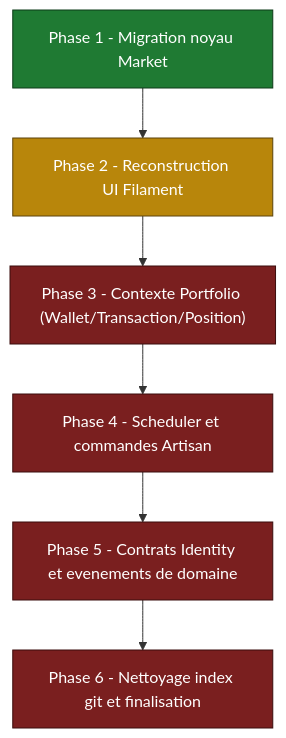
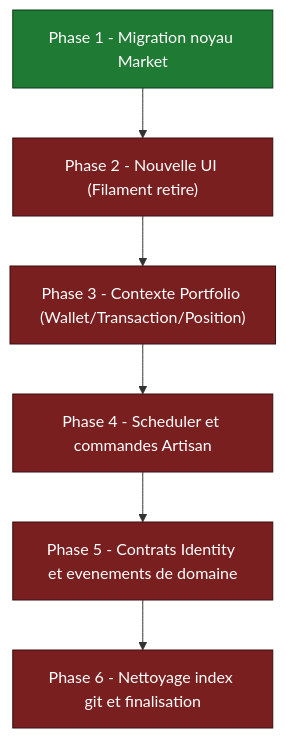
One commit to yanntyb/portefeuille changed the diagram in docs/refactor-status.md. Above: the diagram before and after it, drawn with Mermaid. The commit also changed other lines of this file and 3 other files, not shown here.

````diff
--- a/docs/refactor-status.md
+++ b/docs/refactor-status.md
@@ -106,26 +106,26 @@
 ```mermaid
 flowchart TD
     P1["Phase 1 - Migration noyau Market"]
-    P2["Phase 2 - Reconstruction UI Filament"]
+    P2["Phase 2 - Nouvelle UI (Filament retire)"]
     P3["Phase 3 - Contexte Portfolio (Wallet/Transaction/Position)"]
     P4["Phase 4 - Scheduler et commandes Artisan"]
     P5["Phase 5 - Contrats Identity et evenements de domaine"]
     P6["Phase 6 - Nettoyage index git et finalisation"]
 
     P1 --> P2
     P2 --> P3
     P3 --> P4
     P4 --> P5
     P5 --> P6
 
     classDef done fill:#1f7a33,stroke:#0d3b18,color:#ffffff
     classDef wip fill:#b8860b,stroke:#5c430a,color:#ffffff
     classDef todo fill:#7a1f1f,stroke:#3b0d0d,color:#ffffff
 
     class P1 done
-    class P2 wip
+    class P2 todo
     class P3 todo
     class P4 todo
     class P5 todo
     class P6 todo
 ```
````
